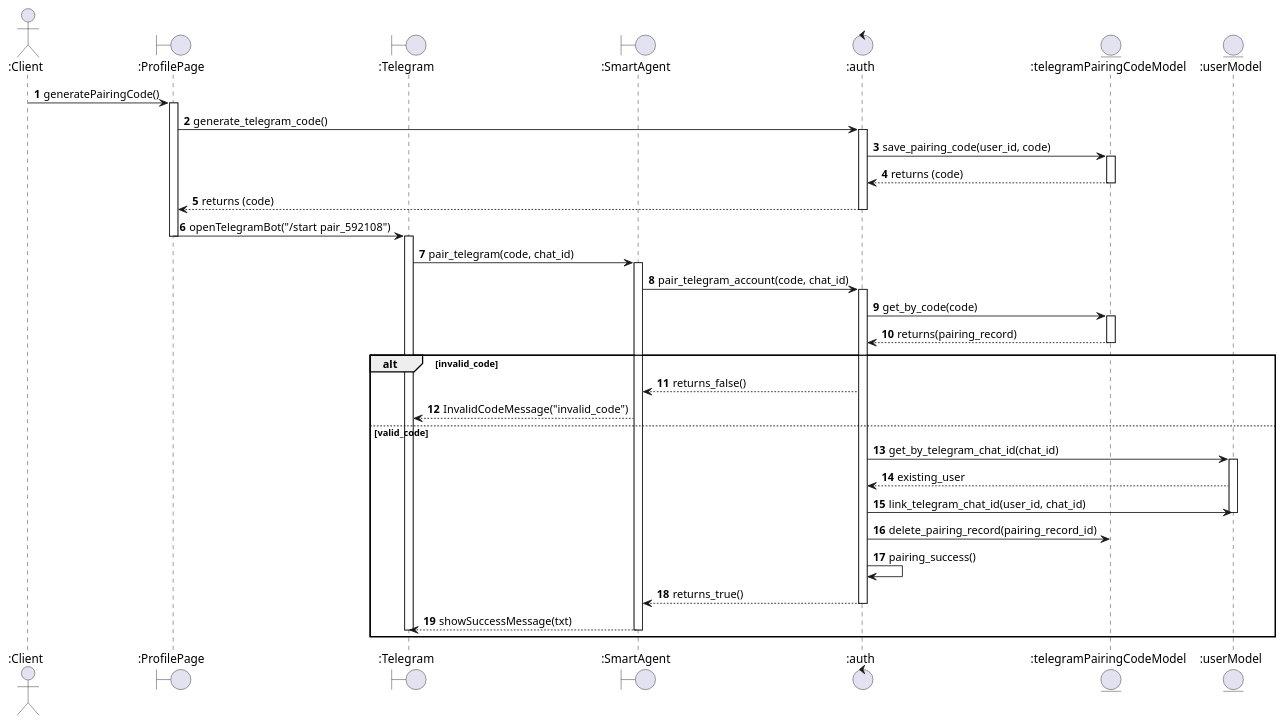
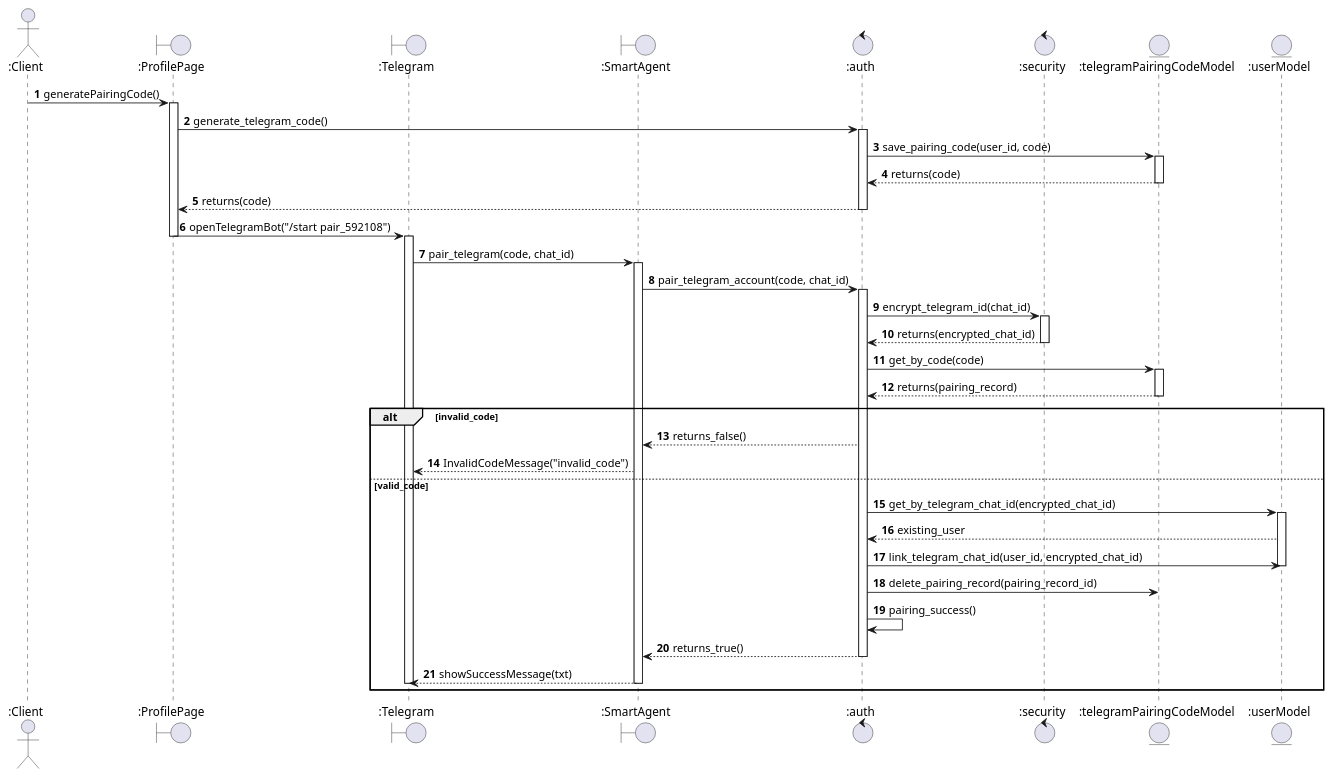
Before and after one commit to israhadjhassine/Graduation-Project-real-estate-automation: the diagram in docs/sequence_diagram_telegram_pairing.puml, drawn with PlantUML. The commit also changed 44 other files, not shown here.

```diff
--- a/docs/sequence_diagram_telegram_pairing.puml
+++ b/docs/sequence_diagram_telegram_pairing.puml
@@ -1,65 +1,71 @@
 @startuml
 autonumber
 
 actor ":Client" as Client
 boundary ":ProfilePage" as ProfilePage
 boundary ":Telegram" as Telegram
 boundary ":SmartAgent" as SmartAgent
 control ":auth" as auth
+control ":security" as security
 entity ":telegramPairingCodeModel" as telegramPairingCodeModel
 entity ":userModel" as userModel
 
 Client -> ProfilePage : generatePairingCode()
 activate ProfilePage
 
 ProfilePage -> auth : generate_telegram_code()
 activate auth
 
 auth -> telegramPairingCodeModel : save_pairing_code(user_id, code)
 activate telegramPairingCodeModel
-telegramPairingCodeModel --> auth : returns (code)
+telegramPairingCodeModel --> auth : returns(code)
 deactivate telegramPairingCodeModel
 
-auth --> ProfilePage : returns (code)
+auth --> ProfilePage : returns(code)
 deactivate auth
 ProfilePage -> Telegram : openTelegramBot("/start pair_592108")
 deactivate ProfilePage
 
 
 activate Telegram
 
 Telegram -> SmartAgent : pair_telegram(code, chat_id)
 activate SmartAgent
 
 SmartAgent -> auth : pair_telegram_account(code, chat_id)
 activate auth
 
+auth -> security : encrypt_telegram_id(chat_id)
+activate security
+security --> auth : returns(encrypted_chat_id)
+deactivate security
+
 auth -> telegramPairingCodeModel : get_by_code(code)
 activate telegramPairingCodeModel
 telegramPairingCodeModel --> auth : returns(pairing_record)
 deactivate telegramPairingCodeModel
 
 alt invalid_code
     auth --> SmartAgent : returns_false()
     SmartAgent --> Telegram : InvalidCodeMessage("invalid_code")
     
 else valid_code
-    auth -> userModel : get_by_telegram_chat_id(chat_id)
+    auth -> userModel : get_by_telegram_chat_id(encrypted_chat_id)
     activate userModel
     userModel --> auth : existing_user
   
-    auth -> userModel : link_telegram_chat_id(user_id, chat_id)
+    auth -> userModel : link_telegram_chat_id(user_id, encrypted_chat_id)
  
     deactivate userModel
     
     auth -> telegramPairingCodeModel : delete_pairing_record(pairing_record_id)
     auth -> auth : pairing_success()
     auth --> SmartAgent : returns_true()
     deactivate auth
     
     SmartAgent --> Telegram : showSuccessMessage(txt)
     deactivate SmartAgent
     deactivate Telegram
 end
 
 @enduml
```
